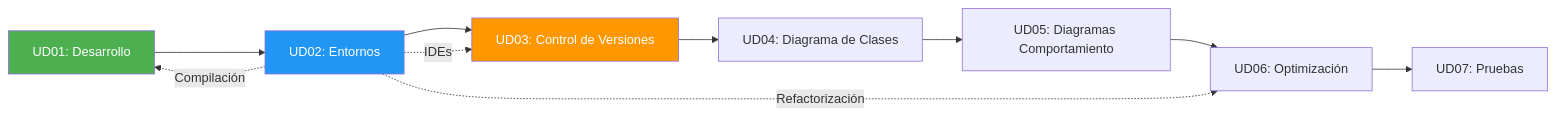
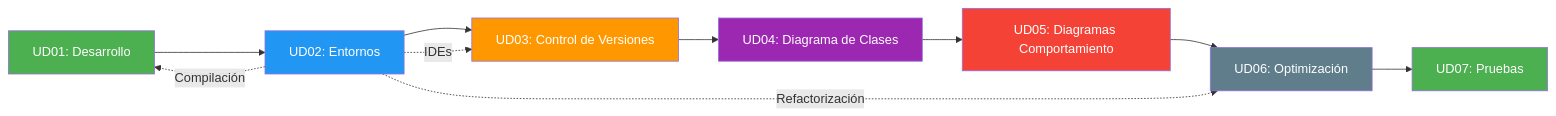
The second of 2 diagrams in 07-resumen.md (joseluisgs/EntornosDesarrollo-02-2026-2027), drawn with Mermaid before and after one commit.

Commit message:
[fix] Añadidos estilos Mermaid a UD04-UD07 en Mapa de Conexiones UD02

````diff
--- a/07-resumen.md
+++ b/07-resumen.md
@@ -227,17 +227,21 @@
 ```mermaid
 graph LR
     UD01[UD01: Desarrollo] --> UD02[UD02: Entornos]
     UD02 --> UD03[UD03: Control de Versiones]
     UD03 --> UD04[UD04: Diagrama de Clases]
     UD04 --> UD05[UD05: Diagramas Comportamiento]
     UD05 --> UD06[UD06: Optimización]
     UD06 --> UD07[UD07: Pruebas]
 
     UD02 -.->|IDEs| UD03
     UD02 -.->|Compilación| UD01
     UD02 -.->|Refactorización| UD06
 
     style UD02 fill:#2196F3,color:#fff
     style UD01 fill:#4CAF50,color:#fff
     style UD03 fill:#FF9800,color:#fff
+    style UD04 fill:#9C27B0,color:#fff
+    style UD05 fill:#f44336,color:#fff
+    style UD06 fill:#607D8B,color:#fff
+    style UD07 fill:#4CAF50,color:#fff
 ```
````
